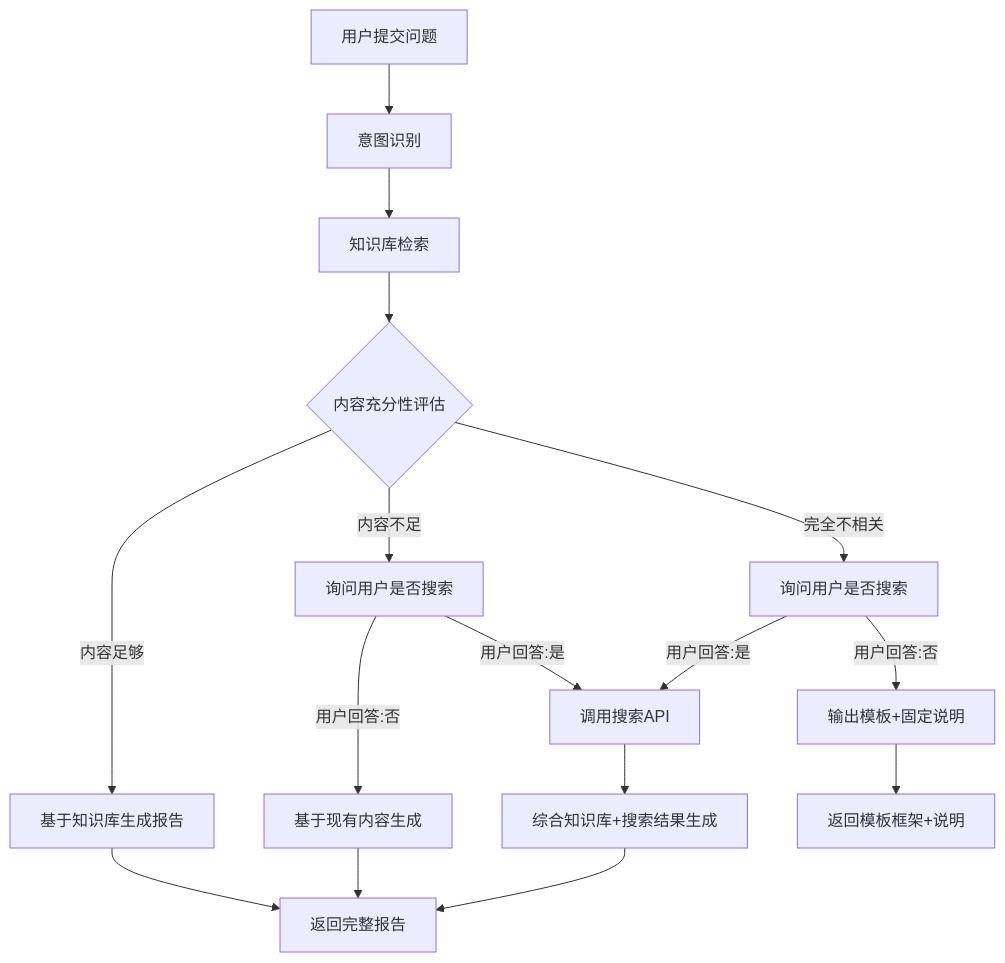
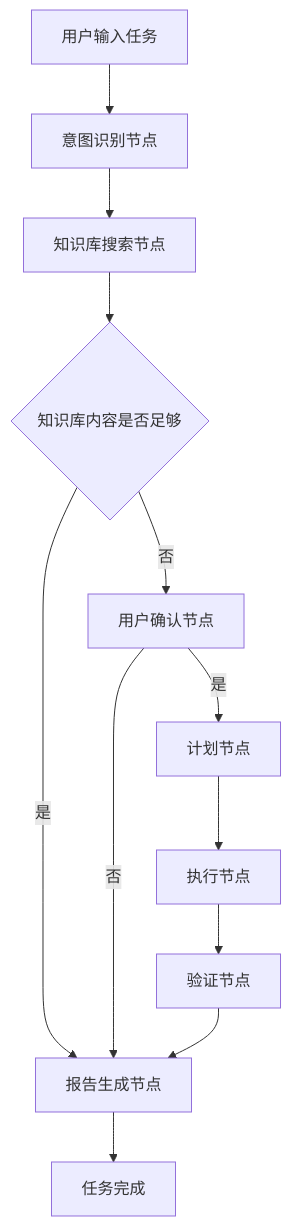
The second of 3 diagrams in PRD.md (HYFLLLo/Personal-Work-Assistant), drawn with Mermaid before and after one commit. The commit also changed other lines of this file and 7 other files, not shown here.

````diff
--- a/PRD.md
+++ b/PRD.md
@@ -213,22 +184,14 @@
 ```mermaid
 flowchart TD
-    A[用户提交问题] --> B[意图识别]
-    B --> C[知识库检索]
-    C --> D{内容充分性评估}
-    
-    D -->|内容足够| E[基于知识库生成报告]
-    D -->|内容不足| F[询问用户是否搜索]
-    D -->|完全不相关| G[询问用户是否搜索]
-    
-    F -->|用户回答:是| H[调用搜索API]
-    F -->|用户回答:否| I[基于现有内容生成]
-    
-    G -->|用户回答:是| H
-    G -->|用户回答:否| J[输出模板+固定说明]
-    
-    H --> K[综合知识库+搜索结果生成]
-    E --> L[返回完整报告]
-    I --> L
-    K --> L
-    J --> M[返回模板框架+说明]
+    A[用户输入任务] --> B[意图识别节点]
+    B --> C[知识库搜索节点]
+    C --> D{知识库内容是否足够}
+    D -->|是| E[报告生成节点]
+    D -->|否| F[用户确认节点]
+    F -->|是| G[计划节点]
+    F -->|否| E
+    G --> H[执行节点]
+    H --> I[验证节点]
+    I --> E
+    E --> J[任务完成]
 ```
````
